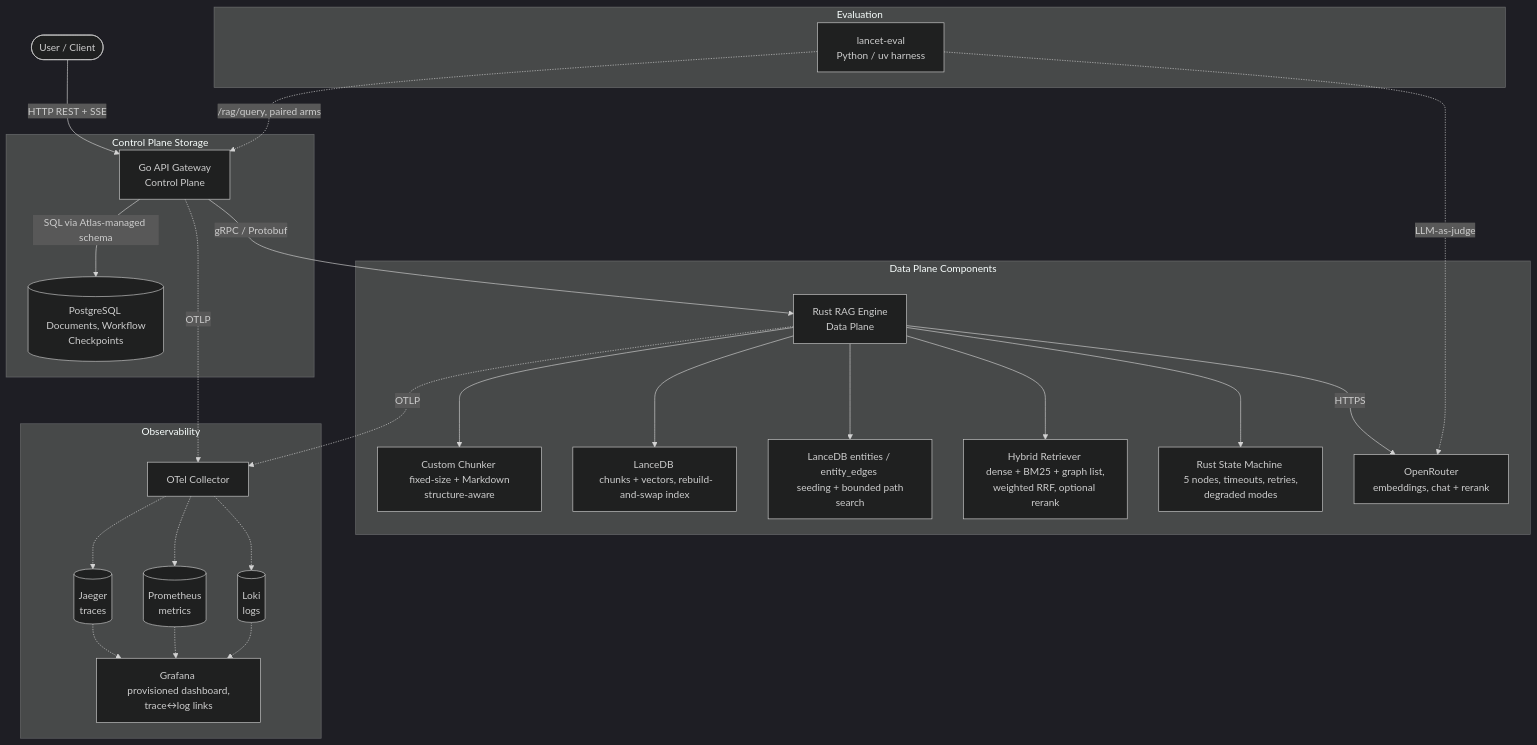
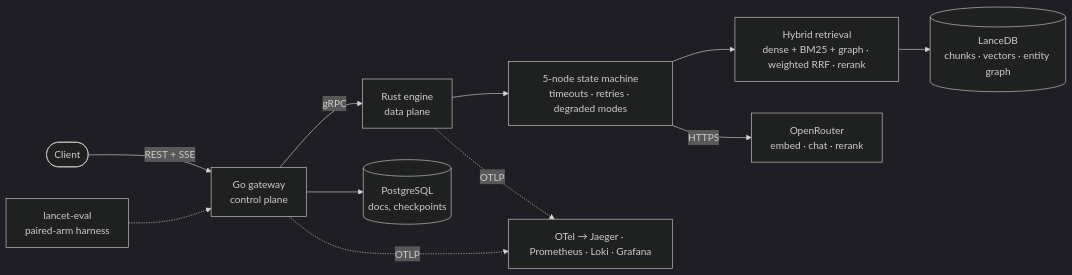
Before and after one commit to mileschintw/rust-lancedb-graphrag: the diagram in README.md, drawn with Mermaid (dark theme). The commit also changed other lines of this file and 6 other files, not shown here.

````diff
--- a/README.md
+++ b/README.md
@@ -52,32 +56,12 @@
 ```mermaid
-graph TD
-    User([User / Client]) -->|HTTP REST + SSE| GoGateway[Go API Gateway <br> Control Plane]
-    GoGateway -->|gRPC / Protobuf| RustEngine[Rust RAG Engine <br> Data Plane]
-
-    subgraph Control Plane Storage
-        GoGateway -->|SQL via Atlas-managed schema| Postgres[(PostgreSQL <br> Documents, Workflow Checkpoints)]
-    end
-
-    subgraph Data Plane Components
-        RustEngine --> Chunker[Custom Chunker <br> fixed-size + Markdown structure-aware]
-        RustEngine --> Store[LanceDB <br> chunks + vectors, rebuild-and-swap index]
-        RustEngine --> GraphStore[LanceDB entities / entity_edges <br> seeding + bounded path search]
-        RustEngine --> Retriever[Hybrid Retriever <br> dense + BM25 + graph list, weighted RRF, optional rerank]
-        RustEngine --> Orchestrator[Rust State Machine <br> 5 nodes, timeouts, retries, degraded modes]
-        RustEngine -->|HTTPS| LLM[OpenRouter <br> embeddings, chat + rerank]
-    end
-
-    subgraph Observability
-        GoGateway -.->|OTLP| Collector[OTel Collector]
-        RustEngine -.->|OTLP| Collector
-        Collector -.-> Jaeger[(Jaeger <br> traces)]
-        Collector -.-> Prometheus[(Prometheus <br> metrics)]
-        Collector -.-> Loki[(Loki <br> logs)]
-        Jaeger & Prometheus & Loki -.-> Grafana[Grafana <br> provisioned dashboard, trace↔log links]
-    end
-
-    subgraph Evaluation
-        Eval[lancet-eval <br> Python / uv harness] -.->|/rag/query, paired arms| GoGateway
-        Eval -.->|LLM-as-judge| LLM
-    end
+graph LR
+    User([Client]) -->|REST + SSE| GW[Go gateway<br>control plane]
+    GW -->|gRPC| EN[Rust engine<br>data plane]
+    GW --> PG[(PostgreSQL<br>docs, checkpoints)]
+    EN --> SM[5-node state machine<br>timeouts · retries · degraded modes]
+    SM --> RET[Hybrid retrieval<br>dense + BM25 + graph · weighted RRF · rerank]
+    RET --> LDB[(LanceDB<br>chunks · vectors · entity graph)]
+    SM -->|HTTPS| LLM[OpenRouter<br>embed · chat · rerank]
+    GW & EN -.->|OTLP| OBS[OTel → Jaeger · Prometheus · Loki · Grafana]
+    EVAL[lancet-eval<br>paired-arm harness] -.-> GW
 ```
````
